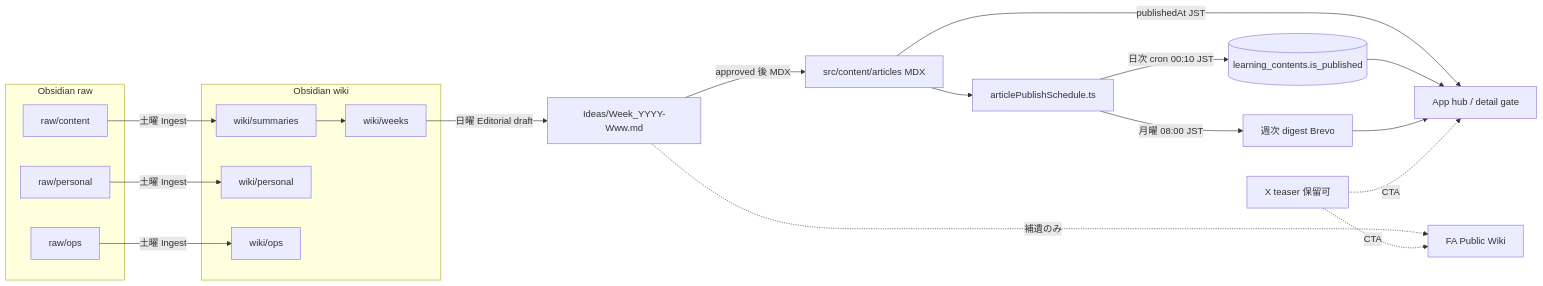
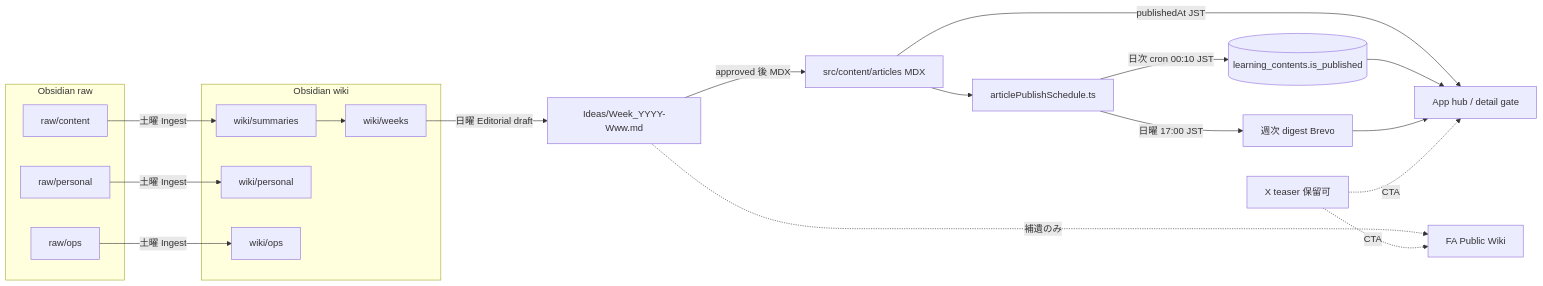
Before and after one commit to ykagesg7/FlightEMS: the diagram in docs/ops/Weekend_Content_Pipeline.md, drawn with Mermaid. The commit also changed other lines of this file and 28 other files, not shown here.

````diff
--- a/docs/ops/Weekend_Content_Pipeline.md
+++ b/docs/ops/Weekend_Content_Pipeline.md
@@ -70,38 +70,38 @@
 ```mermaid
 flowchart LR
   subgraph raw_layer [Obsidian raw]
     RC[raw/content]
     RP[raw/personal]
     RO[raw/ops]
   end
   subgraph wiki_layer [Obsidian wiki]
     WS[wiki/summaries]
     WP[wiki/personal]
     WO[wiki/ops]
     WW[wiki/weeks]
   end
   IDEAS[Ideas/Week_YYYY-Www.md]
   MDX[src/content/articles MDX]
   SCH[articlePublishSchedule.ts]
   DB[(learning_contents.is_published)]
   APP[App hub / detail gate]
   MAIL[週次 digest Brevo]
   PUB[FA Public Wiki]
   X[X teaser 保留可]
 
   RC -->|土曜 Ingest| WS
   RP -->|土曜 Ingest| WP
   RO -->|土曜 Ingest| WO
   WS --> WW
   WW -->|日曜 Editorial draft| IDEAS
   IDEAS -->|approved 後 MDX| MDX
   MDX --> SCH
   SCH -->|日次 cron 00:10 JST| DB
   MDX -->|publishedAt JST| APP
   DB --> APP
-  SCH -->|月曜 08:00 JST| MAIL
+  SCH -->|日曜 17:00 JST| MAIL
   IDEAS -.->|補遺のみ| PUB
   MAIL --> APP
   X -.->|CTA| APP
   X -.->|CTA| PUB
 ```
````
